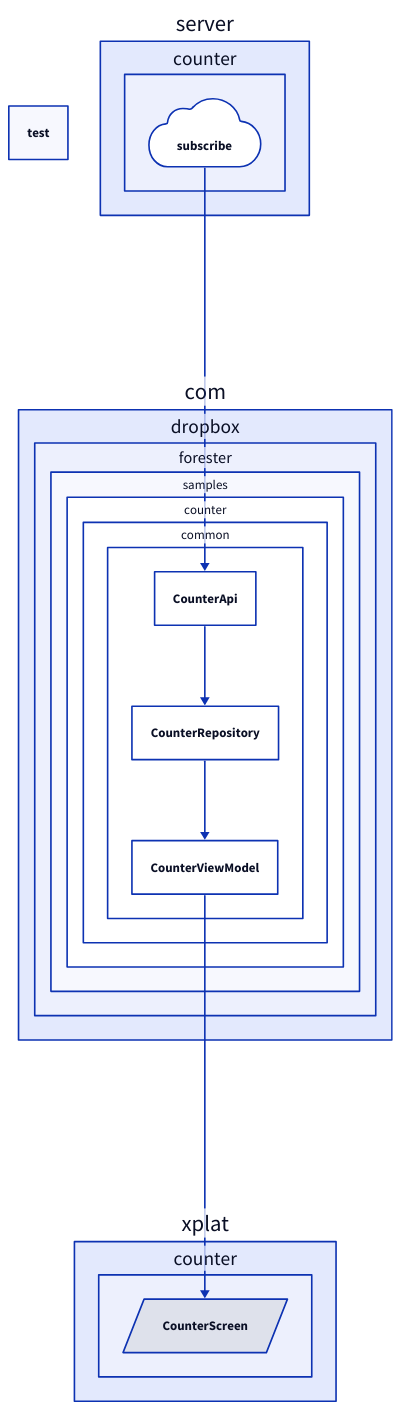
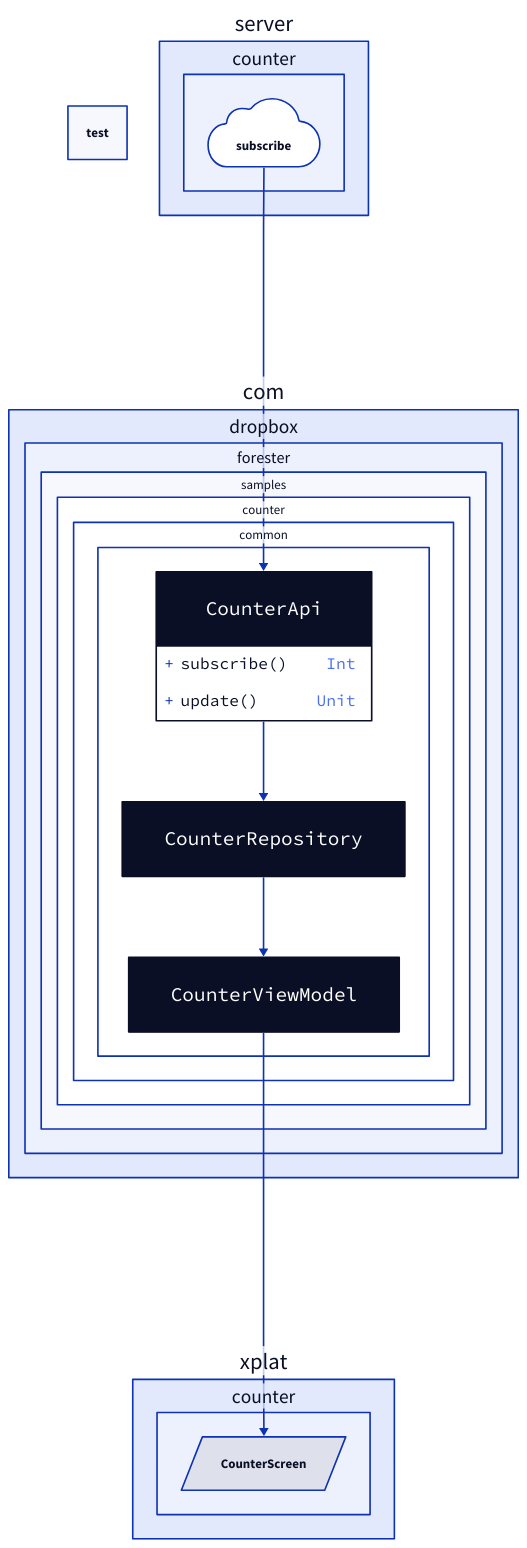
Before and after one commit to matt-ramotar/forester: the diagram in samples/counter/common/docs/common.d2, drawn with D2. The commit also changed 6 other files, not shown here.

```diff
--- a/samples/counter/common/docs/common.d2
+++ b/samples/counter/common/docs/common.d2
@@ -1,22 +1,26 @@
 com.dropbox.forester.samples.counter.common.CounterApi: {
-     shape: rectangle
- }
+                                            shape: class
+                                            subscribe(): Int
+update(): Unit
+                                        }
 com.dropbox.forester.samples.counter.common.CounterRepository: {
-     shape: rectangle
- }
+                                            shape: class
+                                            
+                                        }
 com.dropbox.forester.samples.counter.common.CounterViewModel: {
-     shape: rectangle
- }
+                                            shape: class
+                                            
+                                        }
 xplat.counter.CounterScreen: {
      shape: parallelogram
  }
 test: {
      shape: rectangle
  }
 server.counter.subscribe: {
      shape: cloud
  }
 server.counter.subscribe -> com.dropbox.forester.samples.counter.common.CounterApi
 com.dropbox.forester.samples.counter.common.CounterApi -> com.dropbox.forester.samples.counter.common.CounterRepository
 com.dropbox.forester.samples.counter.common.CounterRepository -> com.dropbox.forester.samples.counter.common.CounterViewModel
 com.dropbox.forester.samples.counter.common.CounterViewModel -> xplat.counter.CounterScreen
```
